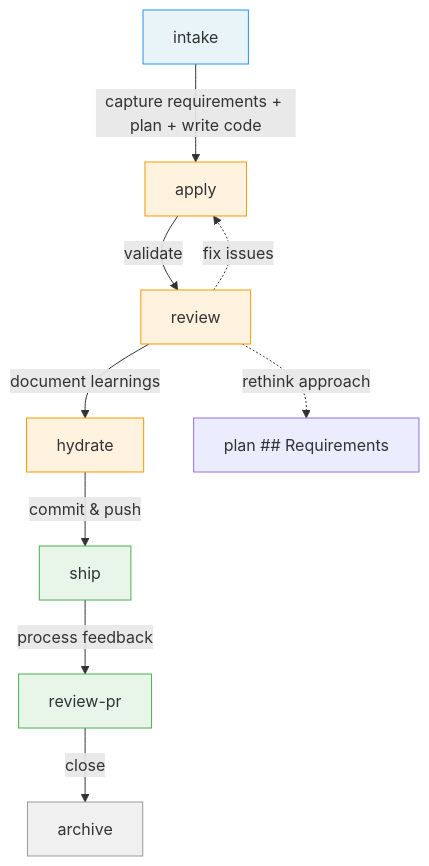
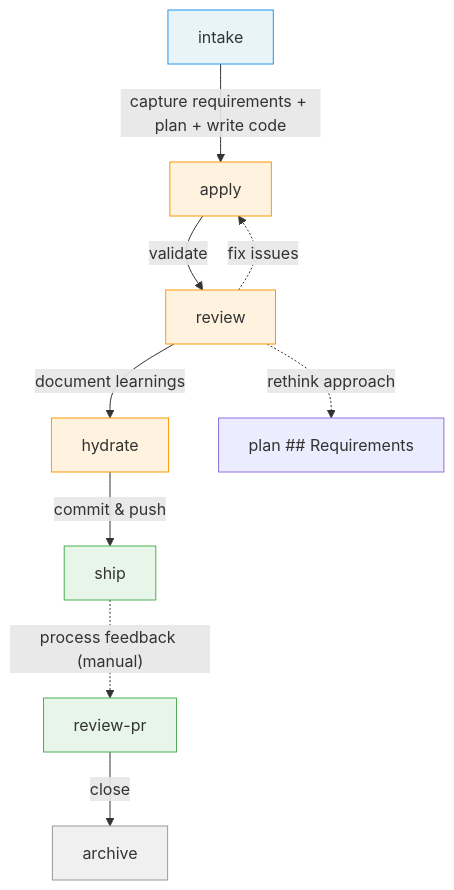
Before and after one commit to sahil87/fab-kit: the first of 4 diagrams in docs/specs/user-flow.md, drawn with Mermaid. The commit also changed other lines of this file and 63 other files, not shown here.

First line of the commit message:
refactor: Retire `review-pr` as a pipeline stage — ship becomes terminal, `/git-pr-review` becomes a manual skill (#689)

````diff
--- a/docs/specs/user-flow.md
+++ b/docs/specs/user-flow.md
@@ -11,22 +11,22 @@
 ```mermaid
 flowchart TD
     B[intake] -->|"capture requirements + plan + write code"| A[apply]
     A -->|"validate"| R[review]
     R -->|"document learnings"| H[hydrate]
     H -->|"commit & push"| SH[ship]
-    SH -->|"process feedback"| RP[review-pr]
+    SH -.->|"process feedback (manual)"| RP[review-pr]
     RP -->|"close"| AR[archive]
 
     %% Rework
     R -.->|"fix issues"| A
     R -.->|"rethink approach"| REWORK["plan ## Requirements"]
 
     %% Styles
     style B fill:#e8f4f8,stroke:#2196F3
     style A fill:#fff3e0,stroke:#FF9800
     style R fill:#fff3e0,stroke:#FF9800
     style H fill:#fff3e0,stroke:#FF9800
     style SH fill:#e8f5e9,stroke:#4CAF50
     style RP fill:#e8f5e9,stroke:#4CAF50
     style AR fill:#f0f0f0,stroke:#999
 ```
````
